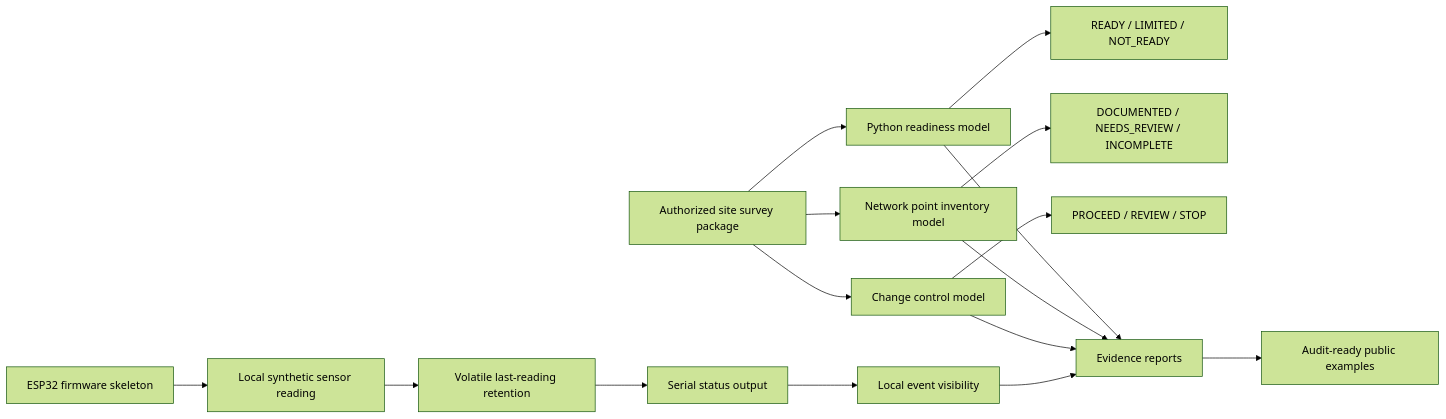
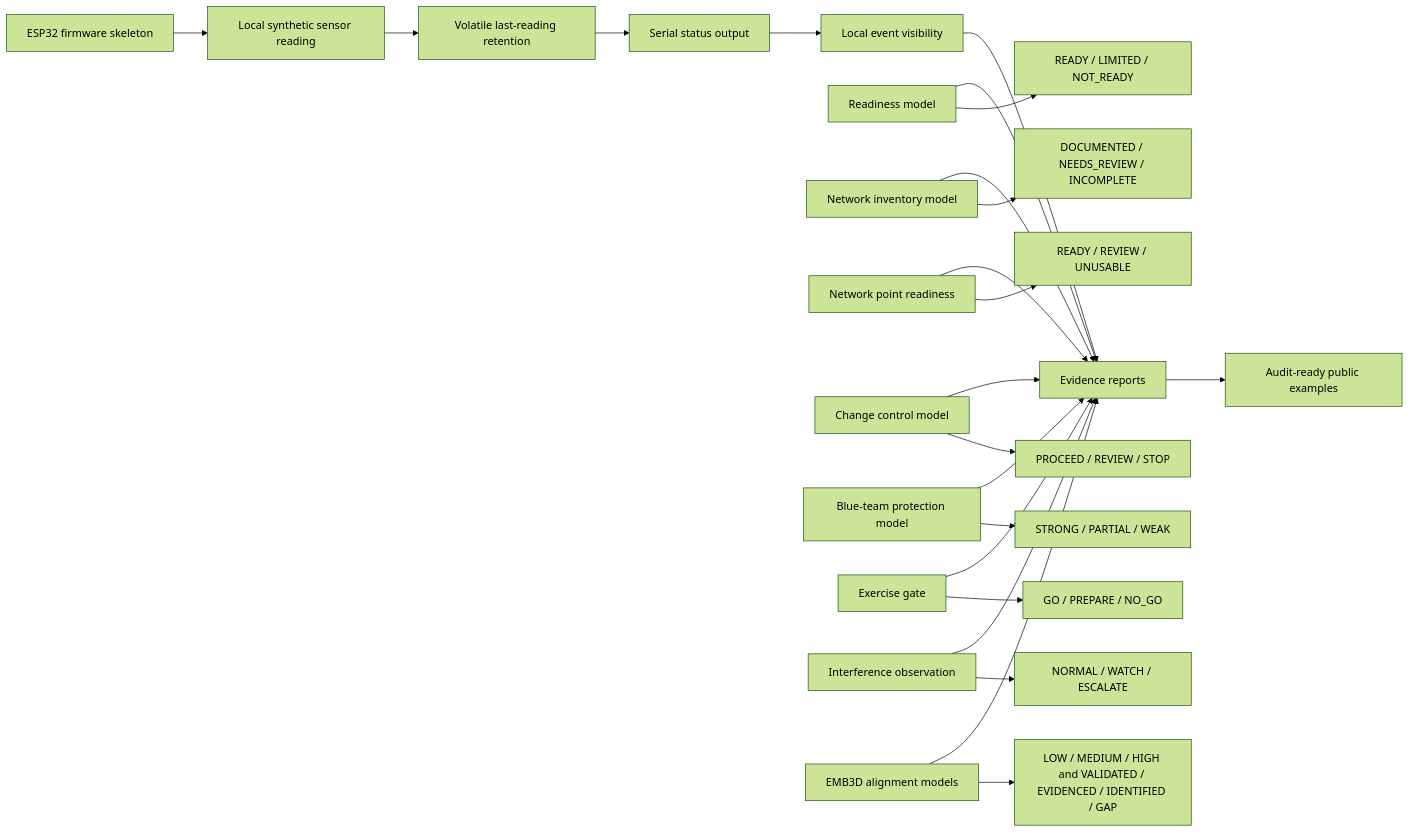
The first of 5 diagrams in README.md (Jonnenpijonne/esp32-iot-security-governance-lab), drawn with Mermaid (forest theme) before and after one commit. The commit also changed other lines of this file, not shown here.

````diff
--- a/README.md
+++ b/README.md
@@ -50,21 +58,27 @@
 ```mermaid
 flowchart LR
     A[ESP32 firmware skeleton] --> B[Local synthetic sensor reading]
     B --> C[Volatile last-reading retention]
     C --> D[Serial status output]
     D --> E[Local event visibility]
 
-    F[Python readiness model] --> G[READY / LIMITED / NOT_READY]
-    H[Network point inventory model] --> I[DOCUMENTED / NEEDS_REVIEW / INCOMPLETE]
-    J[Change control model] --> K[PROCEED / REVIEW / STOP]
+    F[Readiness model] --> G[READY / LIMITED / NOT_READY]
+    H[Network inventory model] --> I[DOCUMENTED / NEEDS_REVIEW / INCOMPLETE]
+    J[Network point readiness] --> K[READY / REVIEW / UNUSABLE]
+    L[Change control model] --> M[PROCEED / REVIEW / STOP]
+    N[Blue-team protection model] --> O[STRONG / PARTIAL / WEAK]
+    P[Exercise gate] --> Q[GO / PREPARE / NO_GO]
+    R[Interference observation] --> S[NORMAL / WATCH / ESCALATE]
+    T[EMB3D alignment models] --> U[LOW / MEDIUM / HIGH and VALIDATED / EVIDENCED / IDENTIFIED / GAP]
 
-    L[Authorized site survey package] --> F
-    L --> H
-    L --> J
-
-    M[Evidence reports] --> N[Audit-ready public examples]
-    F --> M
-    H --> M
-    J --> M
-    E --> M
+    V[Evidence reports] --> W[Audit-ready public examples]
+    F --> V
+    H --> V
+    J --> V
+    L --> V
+    N --> V
+    P --> V
+    R --> V
+    T --> V
+    E --> V
 ```
````
